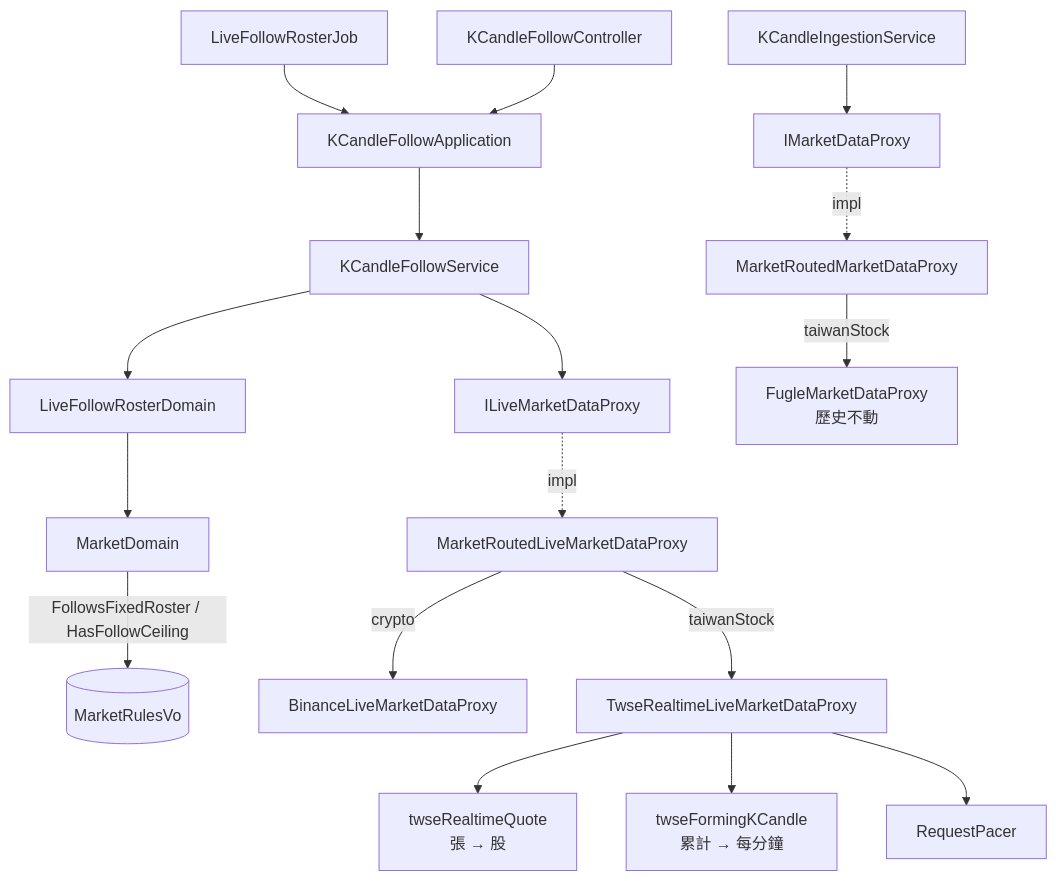
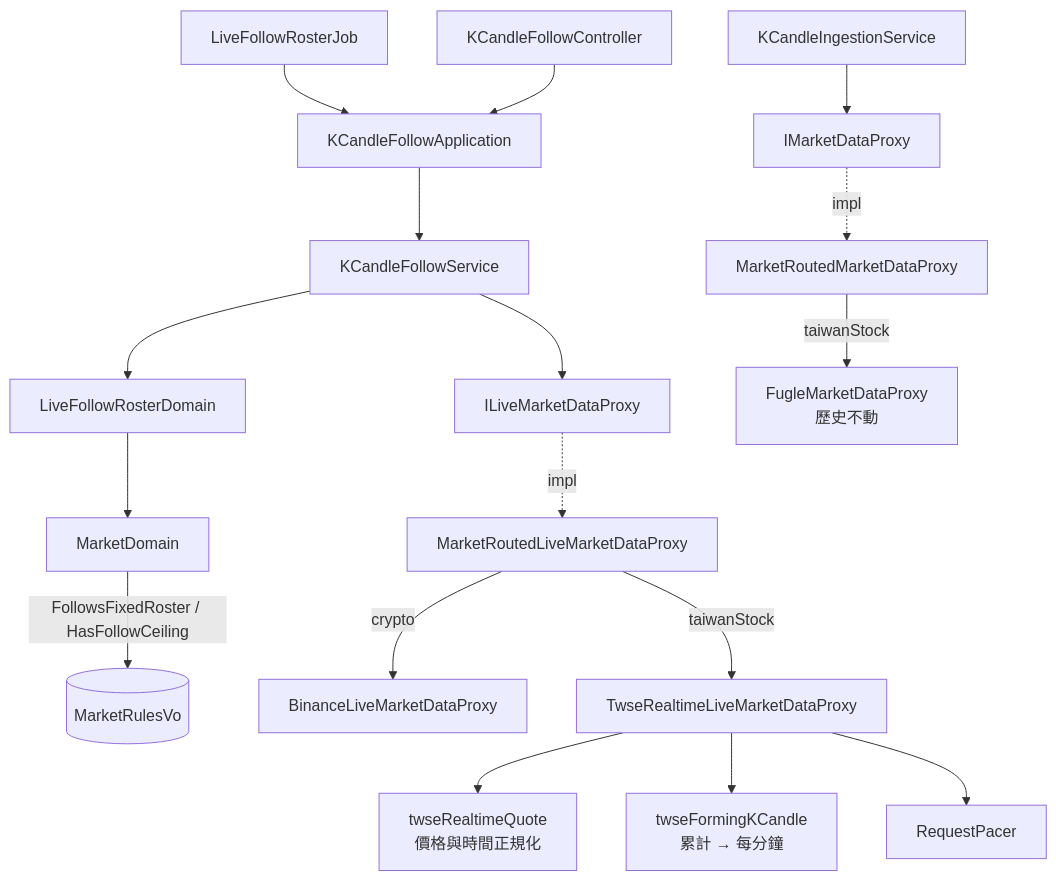
One commit to CodeMachine0121/go-trading changed the diagram in .sdd/2026-09-22-taiwan-stock-live-quote-source/ARCH.md. Above: the diagram before and after it, drawn with Mermaid. The commit also changed other lines of this file and 8 other files, not shown here.

````diff
--- a/.sdd/2026-09-22-taiwan-stock-live-quote-source/ARCH.md
+++ b/.sdd/2026-09-22-taiwan-stock-live-quote-source/ARCH.md
@@ -89,23 +91,23 @@
 ```mermaid
 flowchart TD
     RosterJob[LiveFollowRosterJob] --> FollowApp[KCandleFollowApplication]
     Controller[KCandleFollowController] --> FollowApp
     FollowApp --> FollowSvc[KCandleFollowService]
 
     FollowSvc --> Roster[LiveFollowRosterDomain]
     Roster --> MarketDomain[MarketDomain]
     MarketDomain -->|FollowsFixedRoster / HasFollowCeiling| Rules[(MarketRulesVo)]
 
     FollowSvc --> Live[ILiveMarketDataProxy]
     Live -.impl.-> RoutedLive[MarketRoutedLiveMarketDataProxy]
     RoutedLive -->|crypto| BinanceLive[BinanceLiveMarketDataProxy]
     RoutedLive -->|taiwanStock| TwseLive[TwseRealtimeLiveMarketDataProxy]
 
-    TwseLive --> Wire[twseRealtimeQuote<br/>張 → 股]
+    TwseLive --> Wire[twseRealtimeQuote<br/>價格與時間正規化]
     TwseLive --> Forming[twseFormingKCandle<br/>累計 → 每分鐘]
     TwseLive --> Pacer[RequestPacer]
 
     IngestSvc[KCandleIngestionService] --> Fetch[IMarketDataProxy]
     Fetch -.impl.-> Routed[MarketRoutedMarketDataProxy]
     Routed -->|taiwanStock| Fugle[FugleMarketDataProxy<br/>歷史不動]
 ```
````
